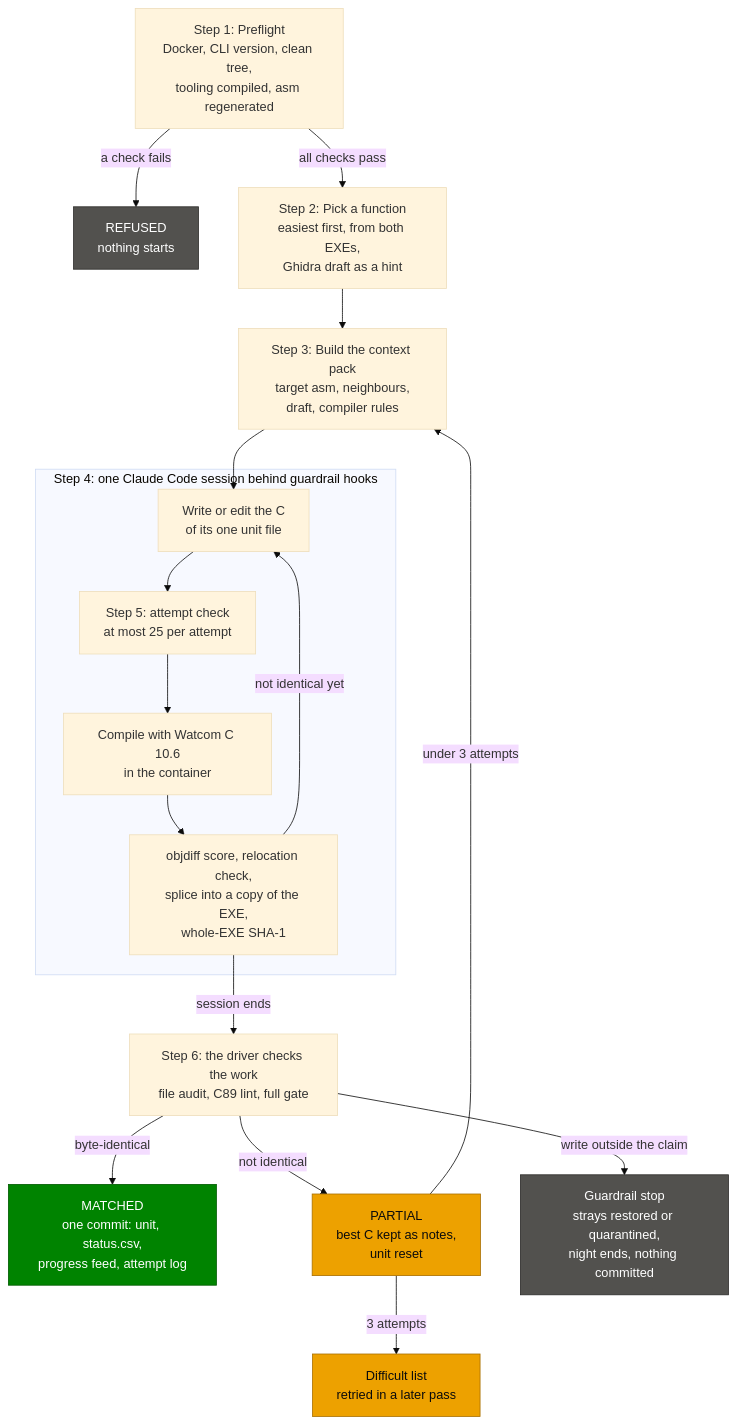
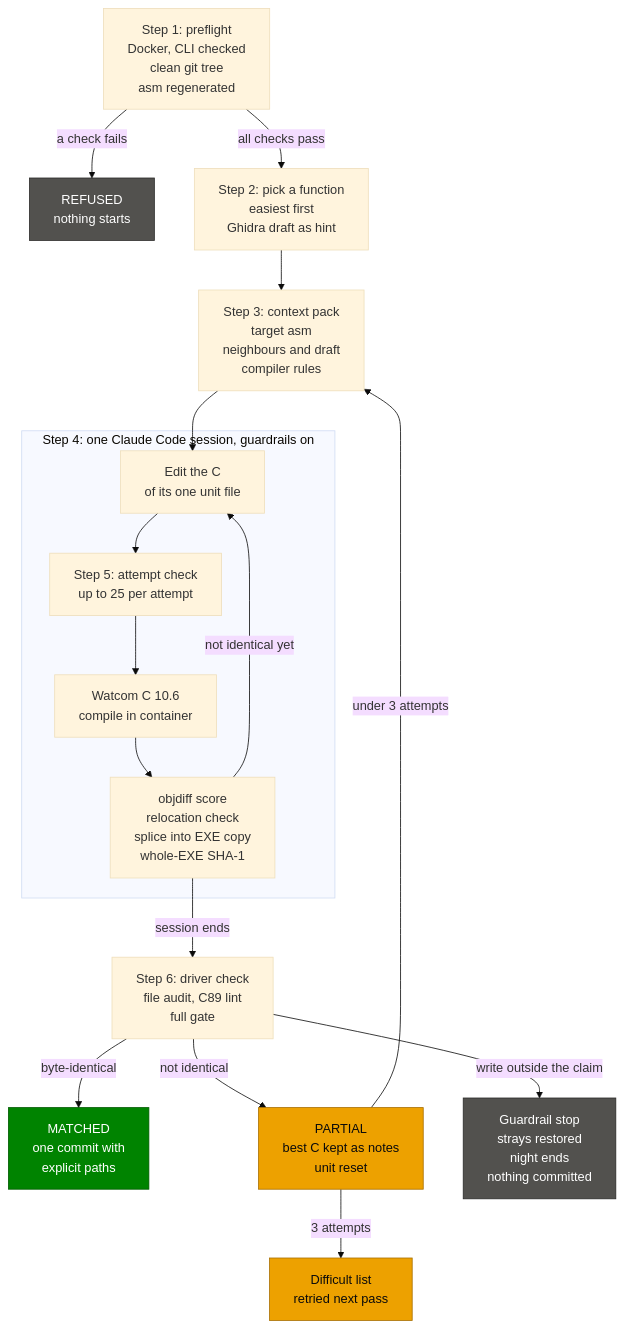
The diagram in README.md (ayrtondenner/ReverseApoc), drawn with Mermaid (base theme) before and after one commit.

Commit message:
docs(readme): widen the session flowchart's label wrapping and shorten its lines

````diff
--- a/README.md
+++ b/README.md
@@ -35,25 +35,26 @@
 ```mermaid
+%%{init: {"flowchart": {"wrappingWidth": 260}}}%%
 flowchart TD
-    A["Step 1: Preflight<br/>Docker, CLI version, clean tree,<br/>tooling compiled, asm regenerated"] -->|a check fails| R["REFUSED<br/>nothing starts"]
-    A -->|all checks pass| B["Step 2: Pick a function<br/>easiest first, from both EXEs,<br/>Ghidra draft as a hint"]
-    B --> C["Step 3: Build the context pack<br/>target asm, neighbours,<br/>draft, compiler rules"]
+    A["Step 1: preflight<br/>Docker, CLI checked<br/>clean git tree<br/>asm regenerated"] -->|a check fails| R["REFUSED<br/>nothing starts"]
+    A -->|all checks pass| B["Step 2: pick a function<br/>easiest first<br/>Ghidra draft as hint"]
+    B --> C["Step 3: context pack<br/>target asm<br/>neighbours and draft<br/>compiler rules"]
     C --> D
-    subgraph S["Step 4: one Claude Code session behind guardrail hooks"]
-        D["Write or edit the C<br/>of its one unit file"] --> E["Step 5: attempt check<br/>at most 25 per attempt"]
-        E --> F["Compile with Watcom C 10.6<br/>in the container"]
-        F --> G["objdiff score, relocation check,<br/>splice into a copy of the EXE,<br/>whole-EXE SHA-1"]
+    subgraph S["Step 4: one Claude Code session, guardrails on"]
+        D["Edit the C<br/>of its one unit file"] --> E["Step 5: attempt check<br/>up to 25 per attempt"]
+        E --> F["Watcom C 10.6<br/>compile in container"]
+        F --> G["objdiff score<br/>relocation check<br/>splice into EXE copy<br/>whole-EXE SHA-1"]
         G -->|not identical yet| D
     end
-    G -->|session ends| H["Step 6: the driver checks the work<br/>file audit, C89 lint, full gate"]
-    H -->|byte-identical| M["MATCHED<br/>one commit: unit, status.csv,<br/>progress feed, attempt log"]
-    H -->|not identical| P["PARTIAL<br/>best C kept as notes,<br/>unit reset"]
-    H -->|write outside the claim| X["Guardrail stop<br/>strays restored or quarantined,<br/>night ends, nothing committed"]
+    G -->|session ends| H["Step 6: driver check<br/>file audit, C89 lint<br/>full gate"]
+    H -->|byte-identical| M["MATCHED<br/>one commit with<br/>explicit paths"]
+    H -->|not identical| P["PARTIAL<br/>best C kept as notes<br/>unit reset"]
+    H -->|write outside the claim| X["Guardrail stop<br/>strays restored<br/>night ends<br/>nothing committed"]
     P -->|under 3 attempts| C
-    P -->|3 attempts| L["Difficult list<br/>retried in a later pass"]
+    P -->|3 attempts| L["Difficult list<br/>retried next pass"]
     classDef matched fill:#008300,stroke:#005a00,color:#ffffff
     classDef partial fill:#eda100,stroke:#a86f00,color:#0b0b0b
     classDef stop fill:#52514e,stroke:#2b2a28,color:#ffffff
     class M matched
     class P,L partial
     class R,X stop
 ```
````
